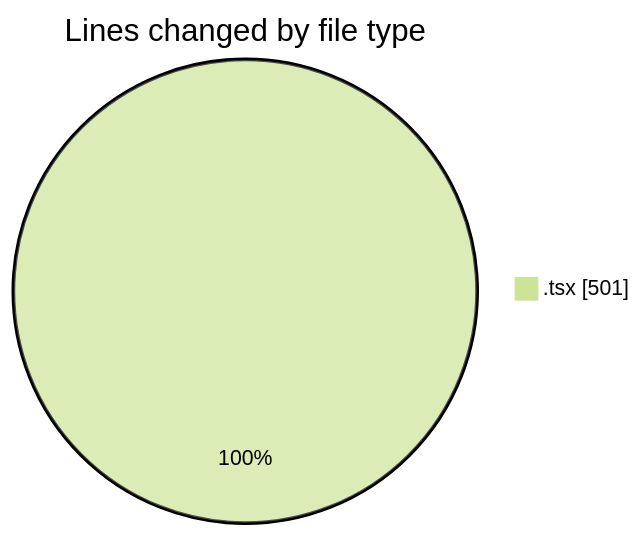
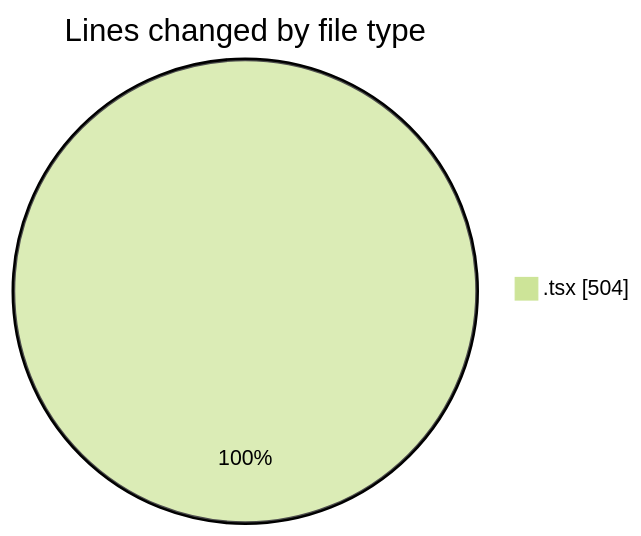
One commit to momahboobian/code-tracking changed the first of 2 diagrams in 2026-02-23/cda/README.md. Above: the diagram before and after it, drawn with Mermaid (forest theme). The commit also changed other lines of this file and 1 other file, not shown here.

````diff
--- a/2026-02-23/cda/README.md
+++ b/2026-02-23/cda/README.md
@@ -20,5 +20,5 @@
 ```mermaid
 pie showData
 title Lines changed by file type
-".tsx" : 501
+".tsx" : 504
 ```
````
